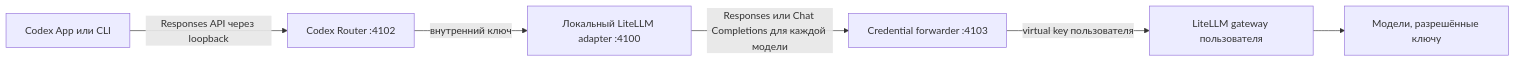
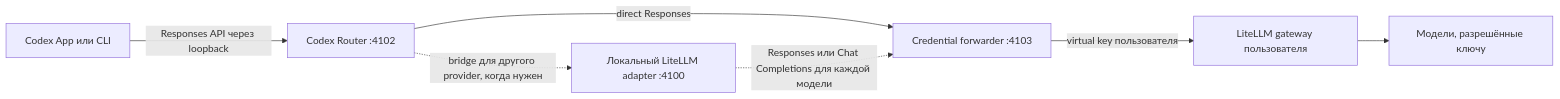
Before and after one commit to mavalko13/codex-router-litellm: the diagram in docs/LITELLM-GATEWAY.ru.md, drawn with Mermaid. The commit also changed other lines of this file and 28 other files, not shown here.

````diff
--- a/docs/LITELLM-GATEWAY.ru.md
+++ b/docs/LITELLM-GATEWAY.ru.md
@@ -16,8 +16,9 @@
 ```mermaid
 flowchart LR
   C["Codex App или CLI"] -->|"Responses API через loopback"| R["Codex Router :4102"]
-  R -->|"внутренний ключ"| L["Локальный LiteLLM adapter :4100"]
-  L -->|"Responses или Chat Completions для каждой модели"| F["Credential forwarder :4103"]
+  R -->|"direct Responses"| F["Credential forwarder :4103"]
+  R -.->|"bridge для другого provider, когда нужен"| L["Локальный LiteLLM adapter :4100"]
+  L -.->|"Responses или Chat Completions для каждой модели"| F
   F -->|"virtual key пользователя"| G["LiteLLM gateway пользователя"]
   G --> M["Модели, разрешённые ключу"]
 ```
````
